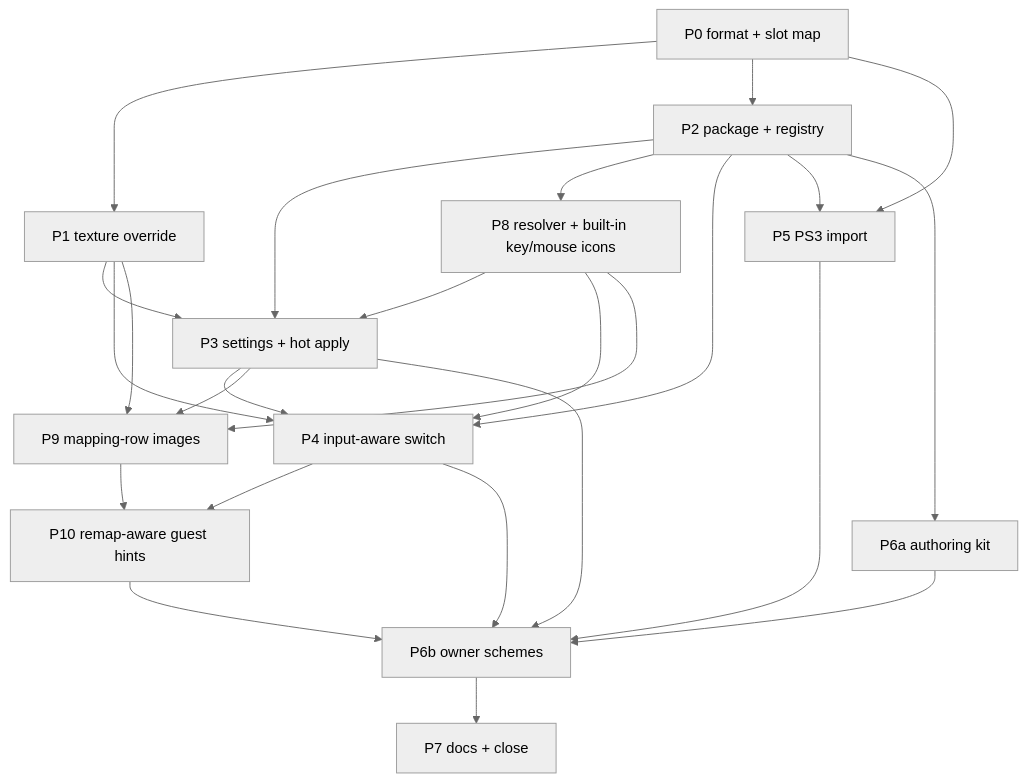
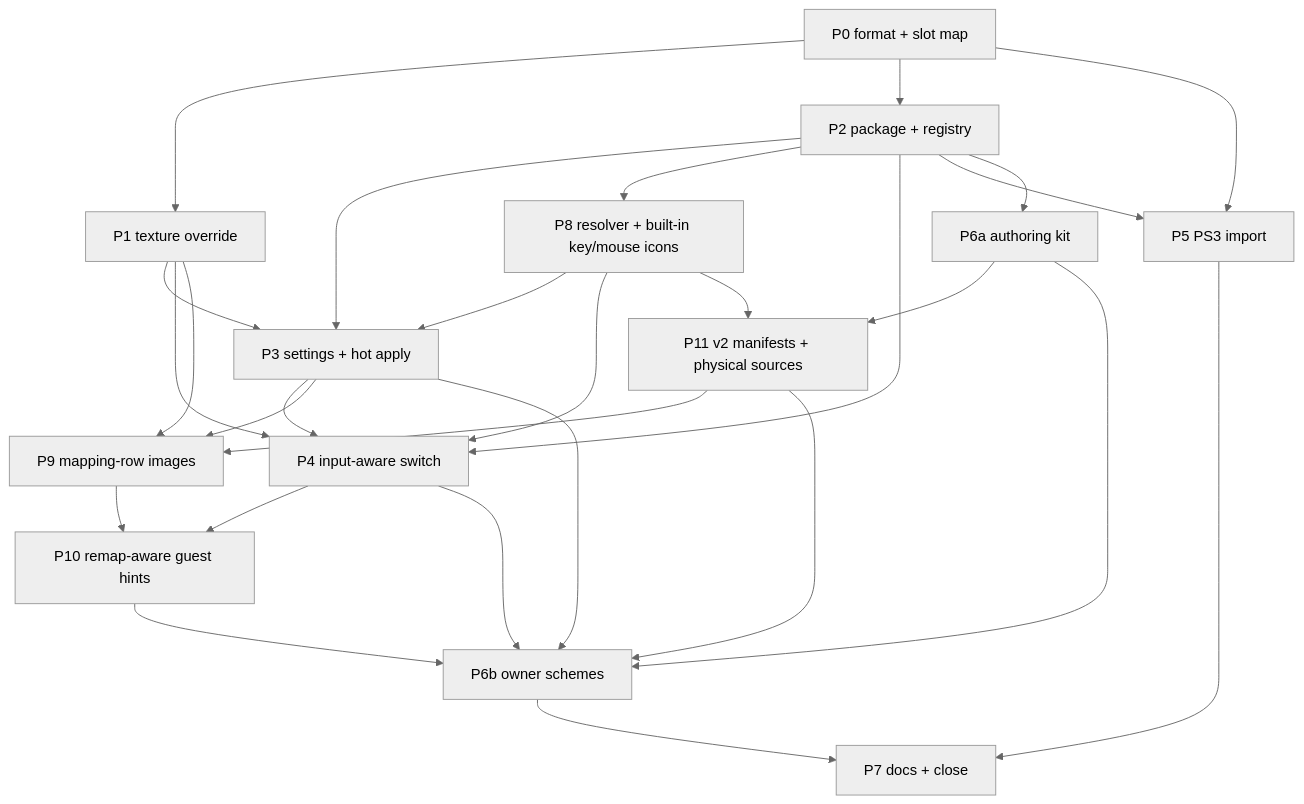
One commit to gabrielofavero/rb-blitz-xenon-recomp changed the diagram in docs/plans/in-progress/2026-10-19-button-layout-hotswap-plan.md. Above: the diagram before and after it, drawn with Mermaid (neutral theme). The commit also changed other lines of this file and 46 other files, not shown here.

````diff
--- a/docs/plans/in-progress/2026-10-19-button-layout-hotswap-plan.md
+++ b/docs/plans/in-progress/2026-10-19-button-layout-hotswap-plan.md
@@ -639,27 +713,30 @@
 ```mermaid
 graph TD
   P0[P0 format + slot map] --> P1[P1 texture override]
   P0 --> P2[P2 package + registry]
   P1 --> P3[P3 settings + hot apply]
   P2 --> P3
   P2 --> P8[P8 resolver + built-in key/mouse icons]
   P8 --> P3
   P2 --> P4[P4 input-aware switch]
   P1 --> P4
   P8 --> P4
   P3 --> P4
-  P8 --> P9[P9 mapping-row images]
+  P8 --> P11[P11 v2 manifests + physical sources]
+  P6a --> P11
+  P11 --> P9[P9 mapping-row images]
   P1 --> P9
   P3 --> P9
   P9 --> P10[P10 remap-aware guest hints]
   P4 --> P10
   P0 --> P5[P5 PS3 import]
   P2 --> P5
   P2 --> P6a[P6a authoring kit]
   P3 --> P6b[P6b owner schemes]
   P4 --> P6b
-  P5 --> P6b
   P6a --> P6b
+  P11 --> P6b
   P10 --> P6b
+  P5 --> P7[P7 docs + close]
   P6b --> P7[P7 docs + close]
 ```
````
